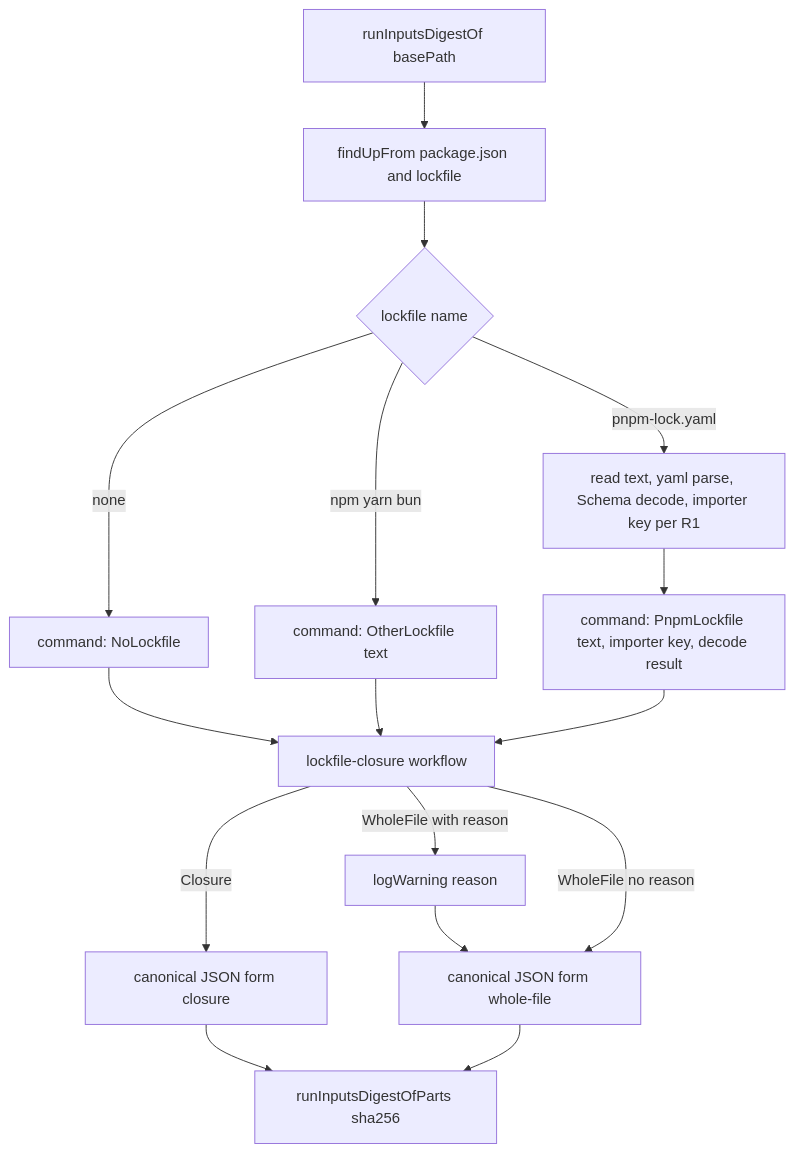
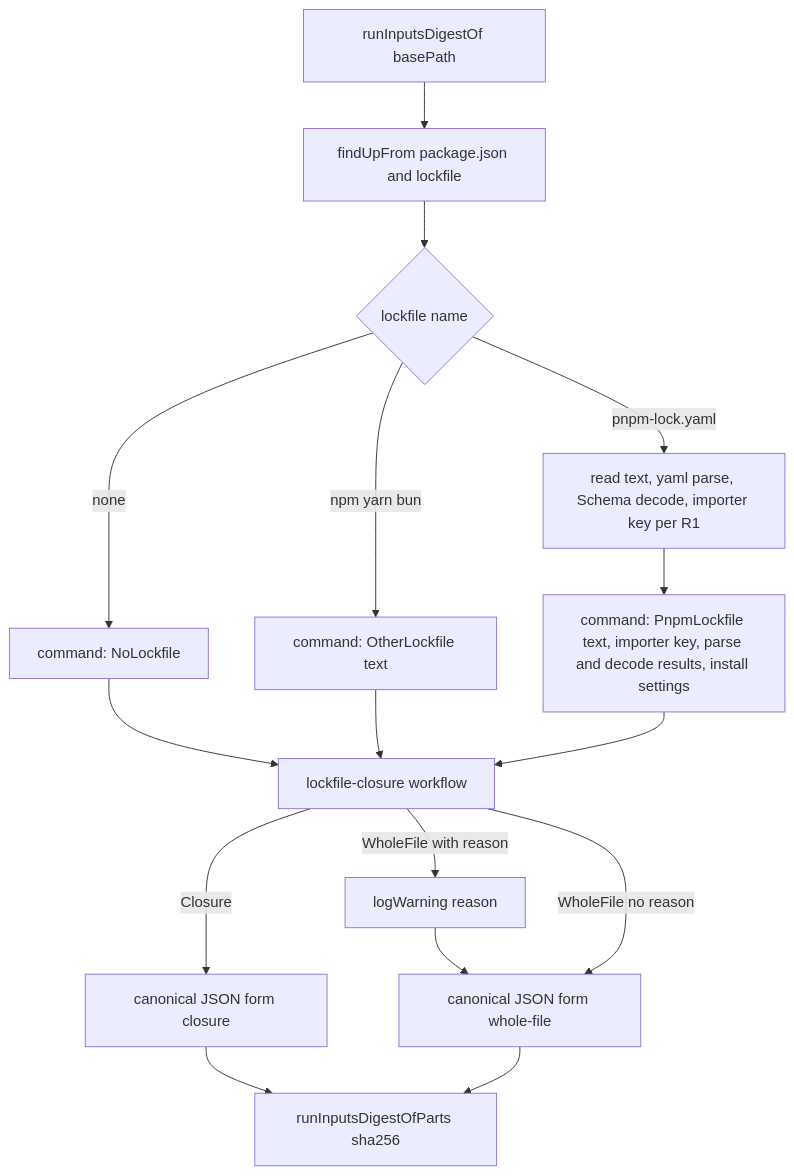
One commit to systemfsoftware/stryker-js-effect changed the diagram in docs/brainstorms/2026-10-11-0008-fix-mutation-digest-scope-plan.md. Above: the diagram before and after it, drawn with Mermaid. The commit also changed other lines of this file, not shown here.

````diff
--- a/docs/brainstorms/2026-10-11-0008-fix-mutation-digest-scope-plan.md
+++ b/docs/brainstorms/2026-10-11-0008-fix-mutation-digest-scope-plan.md
@@ -149,17 +155,17 @@
 ```mermaid
 flowchart TB
   A[runInputsDigestOf basePath] --> B[findUpFrom package.json and lockfile]
   B --> C{lockfile name}
   C -->|none| D[command: NoLockfile]
   C -->|npm yarn bun| E[command: OtherLockfile text]
   C -->|pnpm-lock.yaml| F[read text, yaml parse, Schema decode, importer key per R1]
-  F --> G[command: PnpmLockfile text, importer key, decode result]
+  F --> G[command: PnpmLockfile text, importer key, parse and decode results, install settings]
   D --> H[lockfile-closure workflow]
   E --> H
   G --> H
   H -->|Closure| I[canonical JSON form closure]
   H -->|WholeFile with reason| J[logWarning reason] --> K[canonical JSON form whole-file]
   H -->|WholeFile no reason| K
   I --> L[runInputsDigestOfParts sha256]
   K --> L
 ```
````
